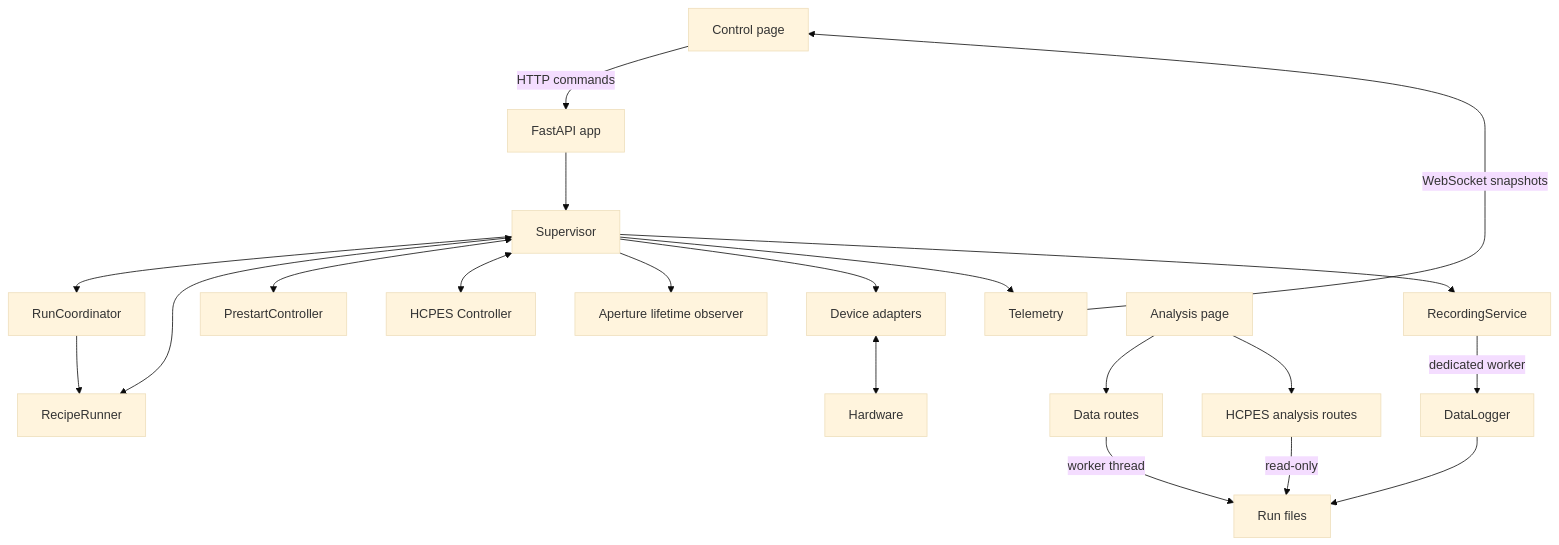
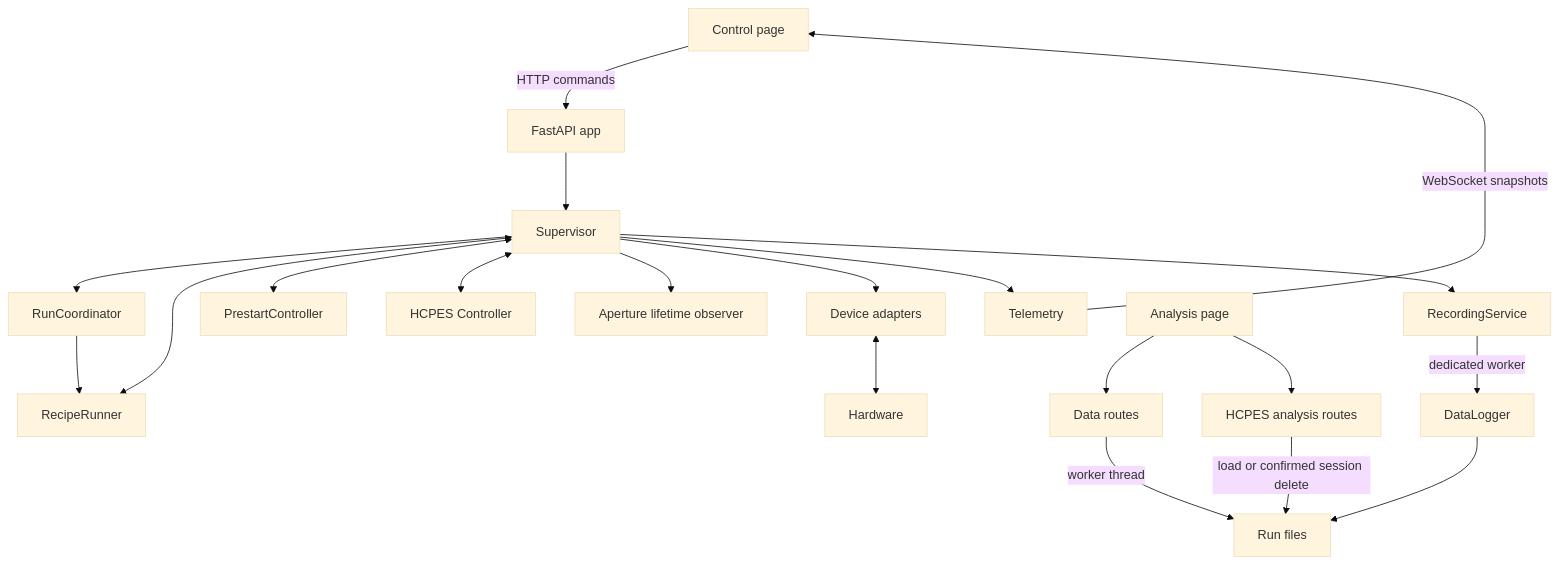
Before and after one commit to zsobell/reactor-interface: the diagram in docs/ARCHITECTURE.md, drawn with Mermaid (base theme). The commit also changed other lines of this file and 45 other files, not shown here.

````diff
--- a/docs/ARCHITECTURE.md
+++ b/docs/ARCHITECTURE.md
@@ -10,22 +10,22 @@
 ```mermaid
 flowchart TD
     Browser[Control page] -->|HTTP commands| API[FastAPI app]
     API --> Supervisor
     Supervisor --> RunCoordinator
     RunCoordinator --> RecipeRunner
     Supervisor <--> RecipeRunner
     Supervisor <--> PrestartController
     Supervisor <--> HCPES[HCPES Controller]
     Supervisor --> Aperture[Aperture lifetime observer]
     Supervisor --> Devices[Device adapters]
     Devices <--> Hardware
     Supervisor --> Telemetry
     Telemetry -->|WebSocket snapshots| Browser
     Supervisor --> RecordingService
     RecordingService -->|dedicated worker| DataLogger
     DataLogger --> Files[Run files]
     Analysis[Analysis page] --> DataRoutes[Data routes]
     Analysis --> HCPESRoutes[HCPES analysis routes]
     DataRoutes -->|worker thread| Files
-    HCPESRoutes -->|read-only| Files
+    HCPESRoutes -->|load or confirmed session delete| Files
 ```
````
